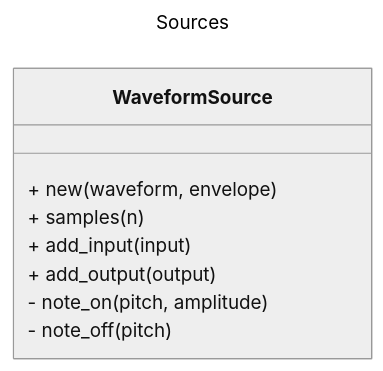
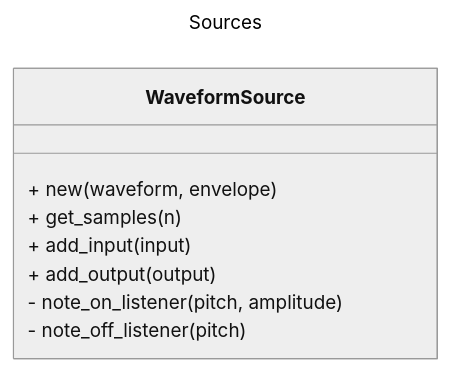
One commit to stefano-rasi/Synth changed the fourth of 5 diagrams in README.md. Above: the diagram before and after it, drawn with Mermaid (neutral theme). The commit also changed other lines of this file, not shown here.

````diff
--- a/README.md
+++ b/README.md
@@ -54,17 +48,14 @@
 ```mermaid
 ---
 title: Sources
 ---
 classDiagram
   class WaveformSource {
     + new(waveform, envelope)
-
-    + samples(n)
-
+    + get_samples(n)
     + add_input(input)
     + add_output(output)
-
-    - note_on(pitch, amplitude)
-    - note_off(pitch)
+    - note_on_listener(pitch, amplitude)
+    - note_off_listener(pitch)
   }
 ```
````
